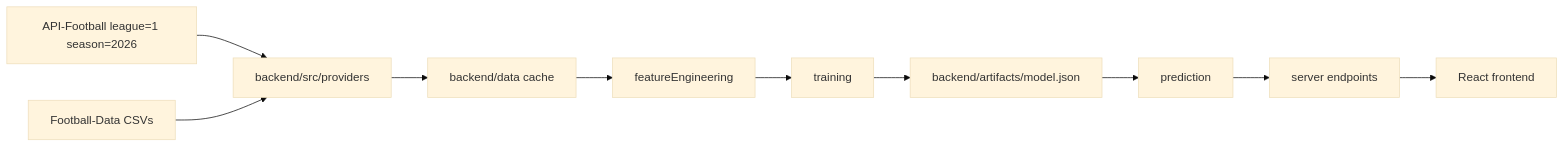
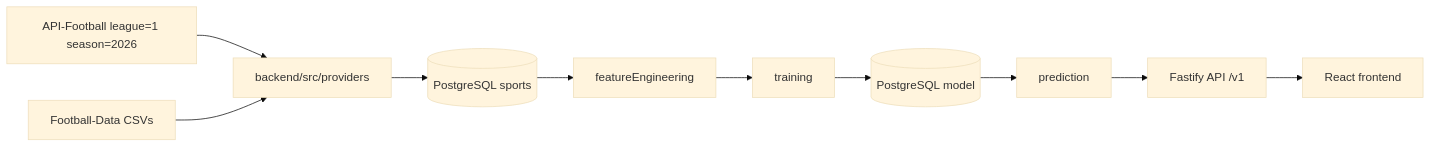
Before and after one commit to ZanonDeAndrade/analiseEsportiva: the diagram in docs/arquitetura.md, drawn with Mermaid (base theme). The commit also changed other lines of this file and 182 other files, not shown here.

````diff
--- a/docs/arquitetura.md
+++ b/docs/arquitetura.md
@@ -5,12 +5,12 @@
 ```mermaid
 flowchart LR
   A["API-Football league=1 season=2026"] --> B["backend/src/providers"]
   C["Football-Data CSVs"] --> B
-  B --> D["backend/data cache"]
+  B --> D[("PostgreSQL sports")]
   D --> E["featureEngineering"]
   E --> F["training"]
-  F --> G["backend/artifacts/model.json"]
+  F --> G[("PostgreSQL model")]
   G --> H["prediction"]
-  H --> I["server endpoints"]
+  H --> I["Fastify API /v1"]
   I --> J["React frontend"]
 ```
````
